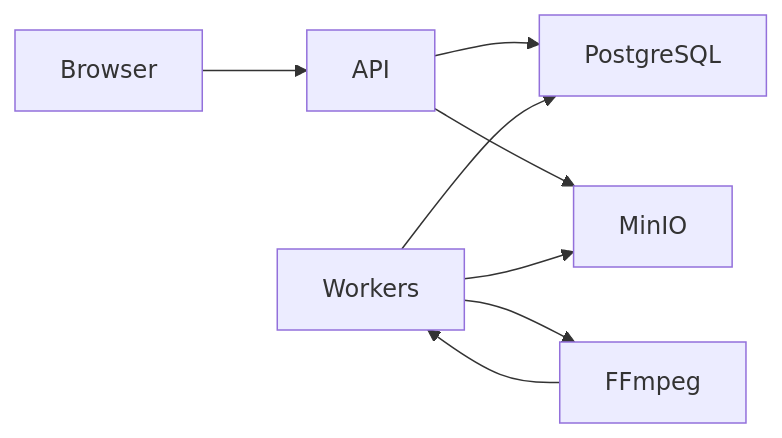
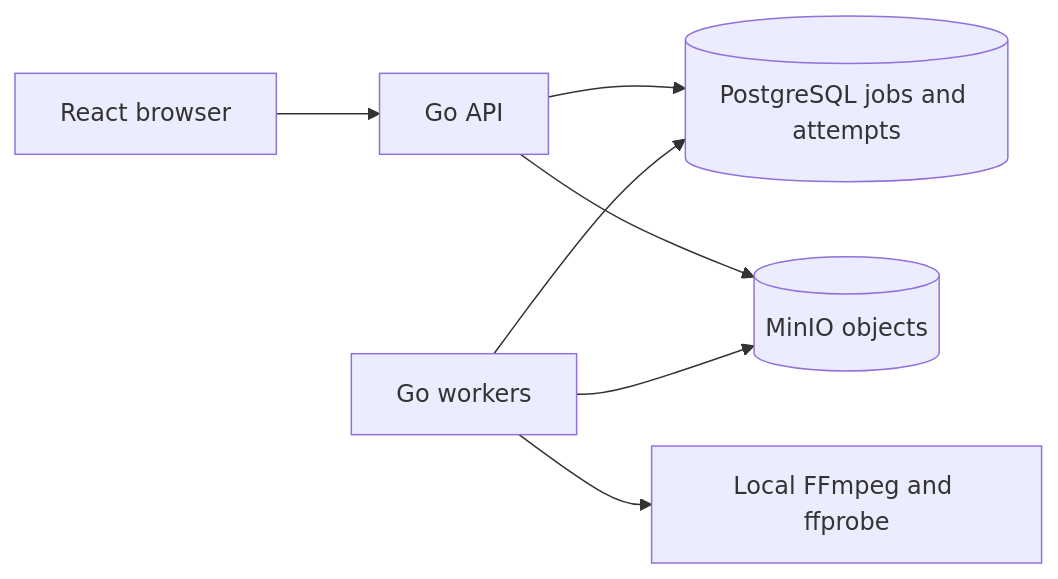
Before and after one commit to Waynessed/Clip-Flow: the diagram in README.md, drawn with Mermaid. The commit also changed other lines of this file and 43 other files, not shown here.

````diff
--- a/README.md
+++ b/README.md
@@ -12,10 +40,9 @@
 ```mermaid
 flowchart LR
- Browser --> API
- API --> PostgreSQL
- API --> MinIO
- Workers --> PostgreSQL
- Workers --> MinIO
- Workers --> FFmpeg
- FFmpeg --> Workers
+ Browser[React browser] --> API[Go API]
+ API --> DB[(PostgreSQL jobs and attempts)]
+ API --> Objects[(MinIO objects)]
+ Workers[Go workers] --> DB
+ Workers --> Objects
+ Workers --> FFmpeg[Local FFmpeg and ffprobe]
 ```
````
